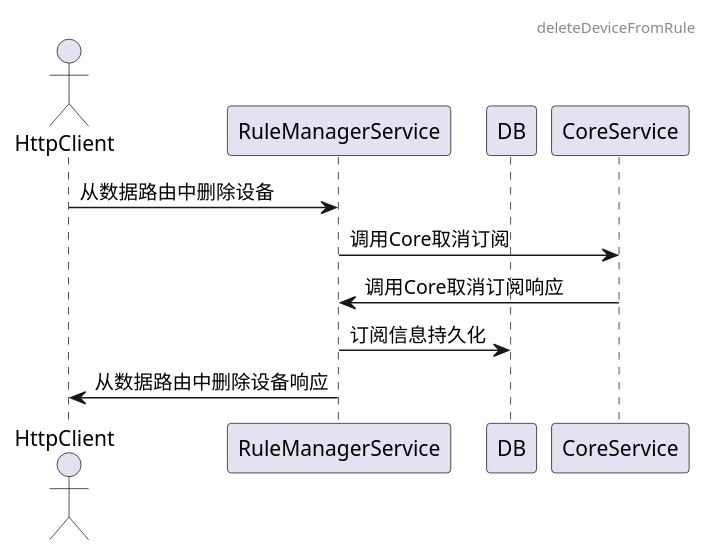
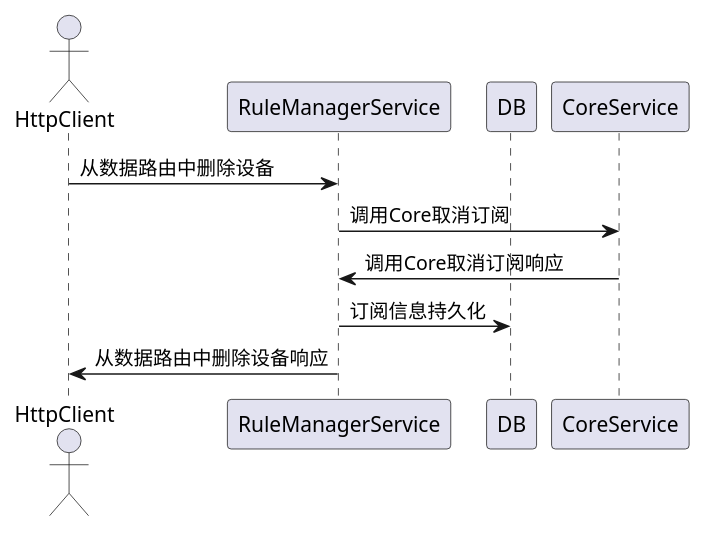
One commit to tkeel-io/docs changed the eighth of 8 diagrams in docs/api/appendix/plantuml/rule_manager.md. Above: the diagram before and after it, drawn with PlantUML. The commit also changed other lines of this file and 2 other files, not shown here.

````diff
--- a/docs/api/appendix/plantuml/rule_manager.md
+++ b/docs/api/appendix/plantuml/rule_manager.md
@@ -131,15 +117,13 @@
 ```plantuml
 @startuml
-header deleteDeviceFromRule
-
 actor HttpClient
 participant RuleManagerService
 participant DB
 
 HttpClient->RuleManagerService:从数据路由中删除设备
 RuleManagerService->CoreService:调用Core取消订阅
 RuleManagerService<-CoreService:调用Core取消订阅响应
 RuleManagerService->DB:订阅信息持久化
 HttpClient<-RuleManagerService:从数据路由中删除设备响应
 @enduml
 ```
````
